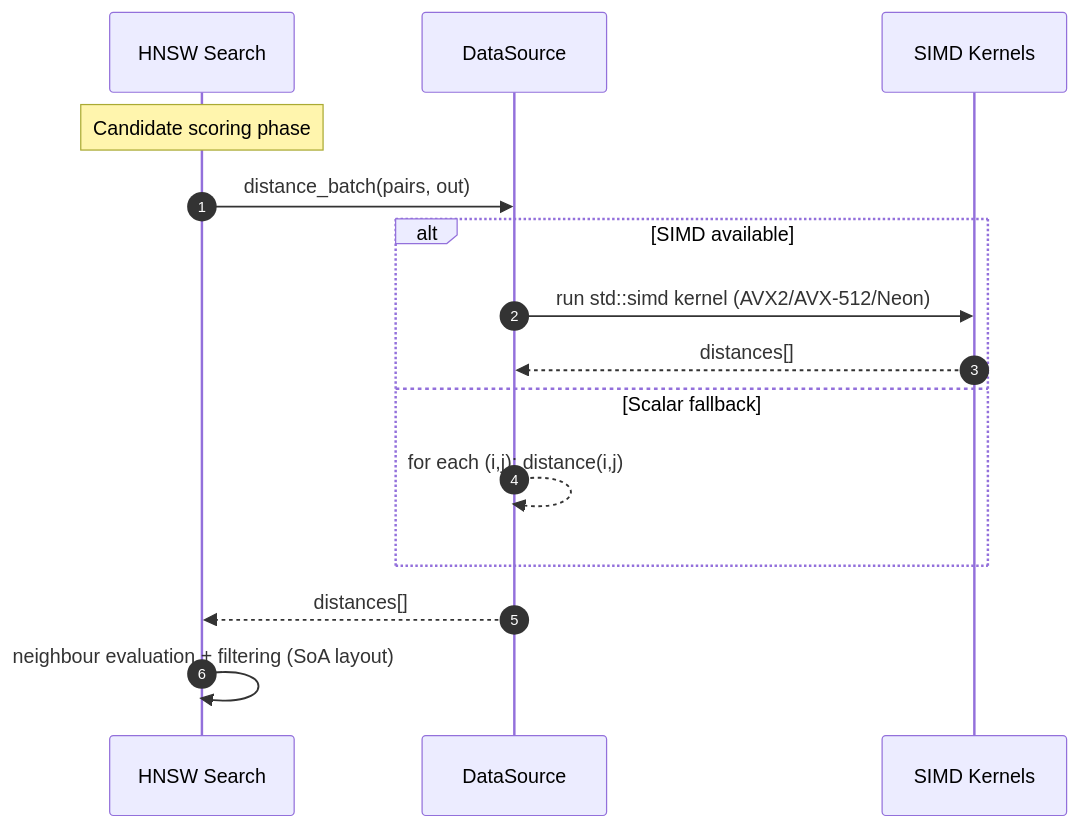
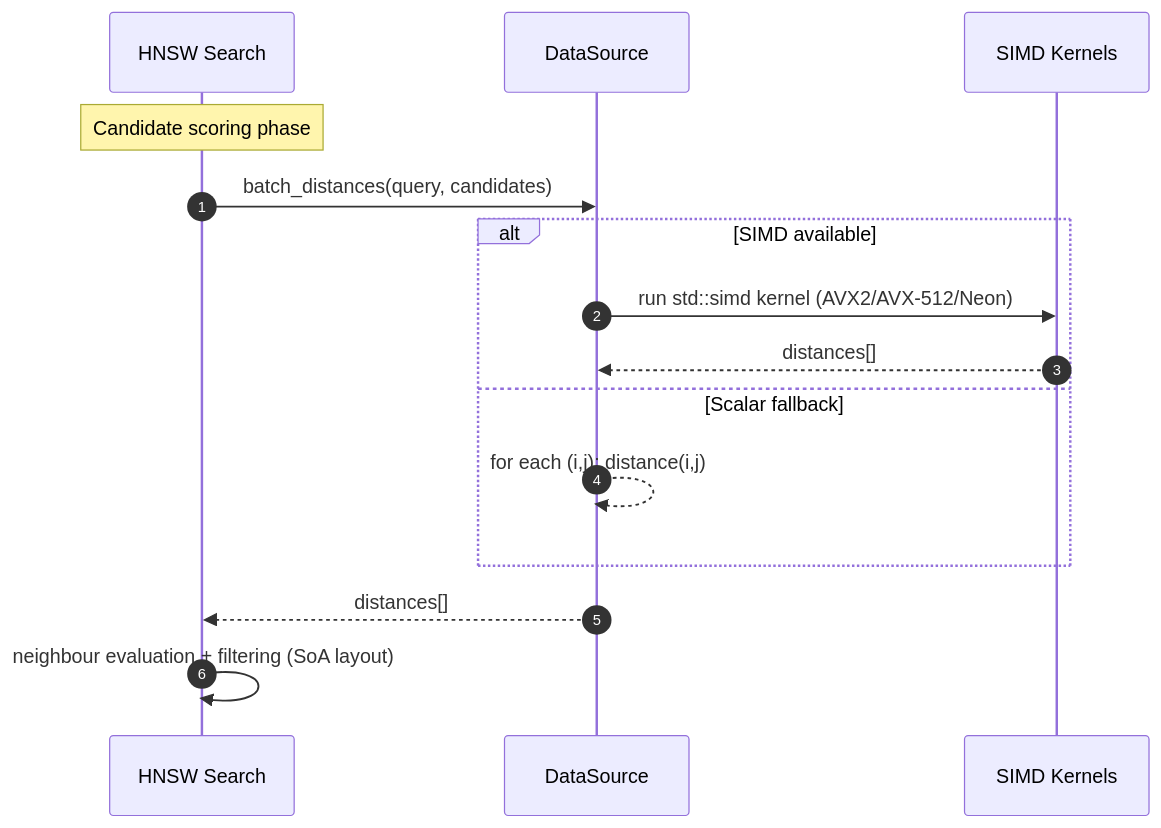
The diagram in docs/chutoro-design.md (leynos/chutoro), drawn with Mermaid before and after one commit. The commit also changed other lines of this file and 25 other files, not shown here.

````diff
--- a/docs/chutoro-design.md
+++ b/docs/chutoro-design.md
@@ -807,20 +825,20 @@
 ```mermaid
 sequenceDiagram
   autonumber
   participant HNSW as HNSW Search
   participant DS as DataSource
   participant Kern as SIMD Kernels
 
   Note over HNSW: Candidate scoring phase
-  HNSW->>DS: distance_batch(pairs, out)
+  HNSW->>DS: batch_distances(query, candidates)
   alt SIMD available
     DS->>Kern: run std::simd kernel (AVX2/AVX-512/Neon)
     Kern-->>DS: distances[]
   else Scalar fallback
     DS-->>DS: for each (i,j): distance(i,j)
   end
   DS-->>HNSW: distances[]
   HNSW->>HNSW: neighbour evaluation + filtering (SoA layout)
   %% Note: CPUID/feature detection and function-pointer dispatch occur once during
   %% initialization; kernel call-sites remain branch-free.
 ```
````
